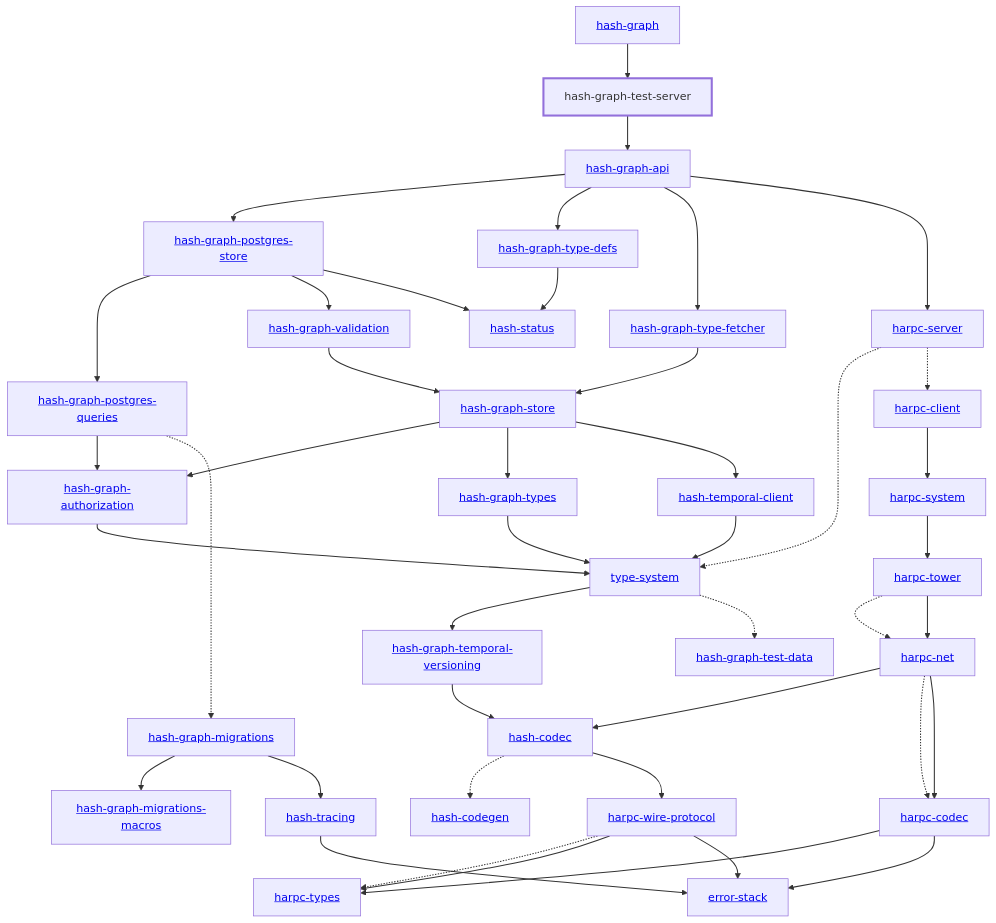
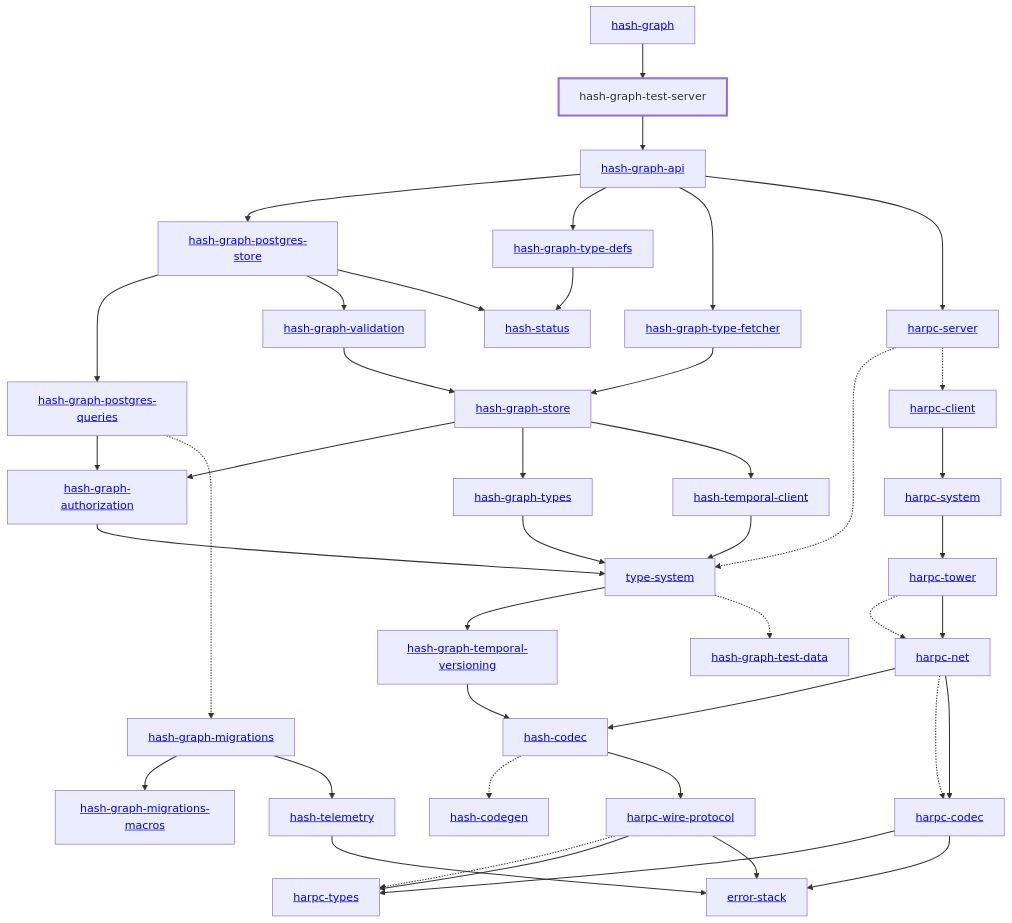
The diagram in libs/@local/graph/test-server/docs/dependency-diagram.mmd (hashintel/hash), drawn with Mermaid before and after one commit. The commit also changed 38 other files, not shown here.

Commit message:
Rename `hash-tracing` to `hash-telemetry`

```diff
--- a/libs/@local/graph/test-server/docs/dependency-diagram.mmd
+++ b/libs/@local/graph/test-server/docs/dependency-diagram.mmd
@@ -1,83 +1,83 @@
 graph TD
     linkStyle default stroke-width:1.5px
     classDef default stroke-width:1px
     classDef root stroke-width:3px
     classDef dev stroke-width:1px
     classDef build stroke-width:1px
     %% Legend
     %% --> : Normal dependency
     %% -.-> : Dev dependency
     %% ---> : Build dependency
     0[<a href="../hash_graph">hash-graph</a>]
     1[<a href="../type_system">type-system</a>]
     2[<a href="../hash_codec">hash-codec</a>]
     3[<a href="../hash_codegen">hash-codegen</a>]
     4[<a href="../hash_graph_api">hash-graph-api</a>]
     5[<a href="../hash_graph_authorization">hash-graph-authorization</a>]
     6[<a href="../hash_graph_migrations">hash-graph-migrations</a>]
     7[<a href="../hash_graph_migrations_macros">hash-graph-migrations-macros</a>]
     8[<a href="../hash_graph_postgres_queries">hash-graph-postgres-queries</a>]
     9[<a href="../hash_graph_postgres_store">hash-graph-postgres-store</a>]
     10[<a href="../hash_graph_store">hash-graph-store</a>]
     11[<a href="../hash_graph_temporal_versioning">hash-graph-temporal-versioning</a>]
     12[hash-graph-test-server]
     class 12 root
     13[<a href="../hash_graph_type_defs">hash-graph-type-defs</a>]
     14[<a href="../hash_graph_type_fetcher">hash-graph-type-fetcher</a>]
     15[<a href="../hash_graph_types">hash-graph-types</a>]
     16[<a href="../hash_graph_validation">hash-graph-validation</a>]
     17[<a href="../harpc_client">harpc-client</a>]
     18[<a href="../harpc_codec">harpc-codec</a>]
     19[<a href="../harpc_net">harpc-net</a>]
     20[<a href="../harpc_server">harpc-server</a>]
     21[<a href="../harpc_system">harpc-system</a>]
     22[<a href="../harpc_tower">harpc-tower</a>]
     23[<a href="../harpc_types">harpc-types</a>]
     24[<a href="../harpc_wire_protocol">harpc-wire-protocol</a>]
     25[<a href="../hash_status">hash-status</a>]
-    26[<a href="../hash_temporal_client">hash-temporal-client</a>]
-    27[<a href="../hash_tracing">hash-tracing</a>]
+    26[<a href="../hash_telemetry">hash-telemetry</a>]
+    27[<a href="../hash_temporal_client">hash-temporal-client</a>]
     28[<a href="../error_stack">error-stack</a>]
     29[<a href="../hash_graph_test_data">hash-graph-test-data</a>]
     0 --> 12
     1 --> 11
     1 -.-> 29
     2 -.-> 3
     2 --> 24
     4 --> 9
     4 --> 13
     4 --> 14
     4 --> 20
     5 --> 1
     6 --> 7
-    6 --> 27
+    6 --> 26
     8 --> 5
     8 -.-> 6
     9 --> 8
     9 --> 16
     9 --> 25
     10 --> 5
     10 --> 15
-    10 --> 26
+    10 --> 27
     11 --> 2
     12 --> 4
     13 --> 25
     14 --> 10
     15 --> 1
     16 --> 10
     17 --> 21
     18 --> 23
     18 --> 28
     19 --> 2
     19 -.-> 18
     19 --> 18
     20 -.-> 1
     20 -.-> 17
     21 --> 22
     22 -.-> 19
     22 --> 19
     24 -.-> 23
     24 --> 23
     24 --> 28
-    26 --> 1
-    27 --> 28
+    26 --> 28
+    27 --> 1
```
